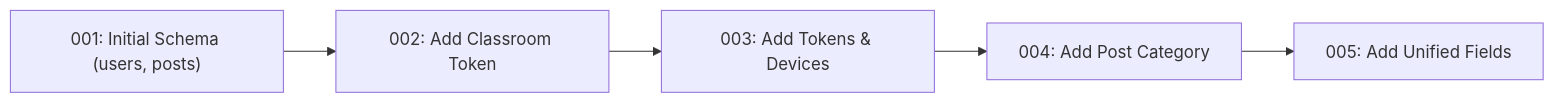
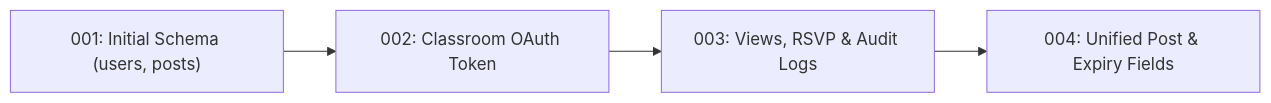
One commit to Pascal-Thommen/pascal-thommen.github.io changed the third of 3 diagrams in content/posts/upa-campus-app-architecture-part-6/index.en.md. Above: the diagram before and after it, drawn with Mermaid. The commit also changed other lines of this file and 20 other files, not shown here.

Commit message:
feat(posts): refine UPA Campus App architecture series with holistic webapp mental model and specification depth

````diff
--- a/content/posts/upa-campus-app-architecture-part-6/index.en.md
+++ b/content/posts/upa-campus-app-architecture-part-6/index.en.md
@@ -261,7 +198,6 @@
 ```mermaid
 flowchart LR
-    Rev1["001: Initial Schema (users, posts)"] --> Rev2["002: Add Classroom Token"]
-    Rev2 --> Rev3["003: Add Tokens & Devices"]
-    Rev3 --> Rev4["004: Add Post Category"]
-    Rev4 --> Rev5["005: Add Unified Fields"]
+    Rev1["001: Initial Schema (users, posts)"] --> Rev2["002: Classroom OAuth Token"]
+    Rev2 --> Rev3["003: Views, RSVP & Audit Logs"]
+    Rev3 --> Rev4["004: Unified Post & Expiry Fields"]
 ```
````
